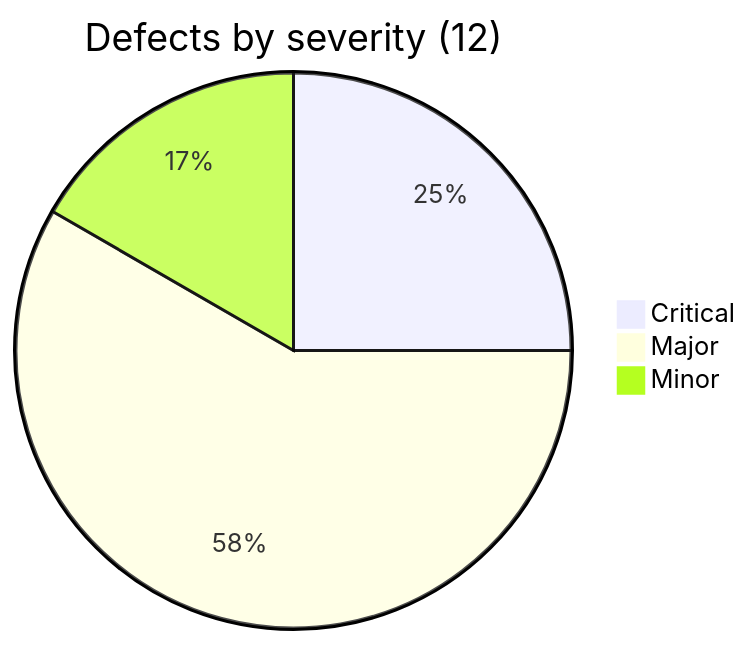
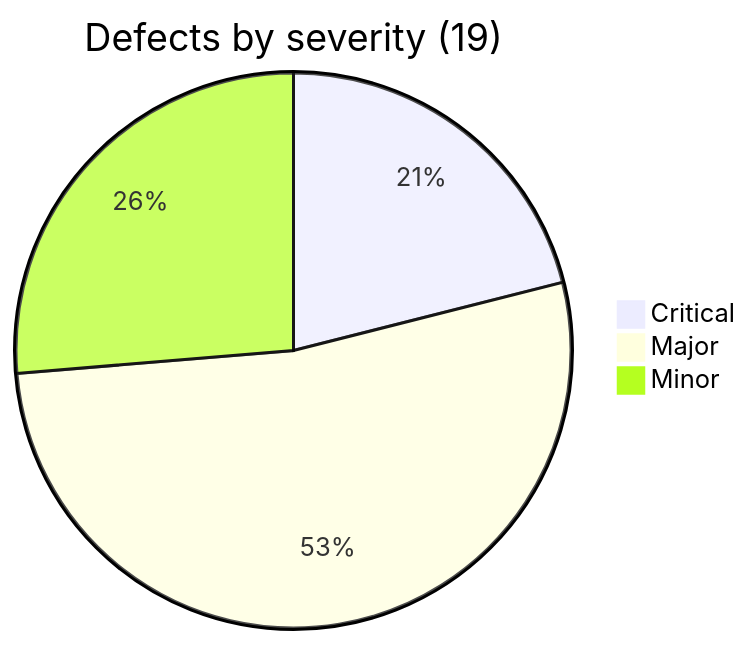
The second of 2 diagrams in manual-testing/docs/05-test-summary-report.md (jahidulislamrihan26/sqa-portfolio), drawn with Mermaid before and after one commit. The commit also changed other lines of this file and 26 other files, not shown here.

````diff
--- a/manual-testing/docs/05-test-summary-report.md
+++ b/manual-testing/docs/05-test-summary-report.md
@@ -34,6 +40,6 @@
 ```mermaid
-pie title Defects by severity (12)
-    "Critical" : 3
-    "Major" : 7
-    "Minor" : 2
+pie title Defects by severity (19)
+    "Critical" : 4
+    "Major" : 10
+    "Minor" : 5
 ```
````
